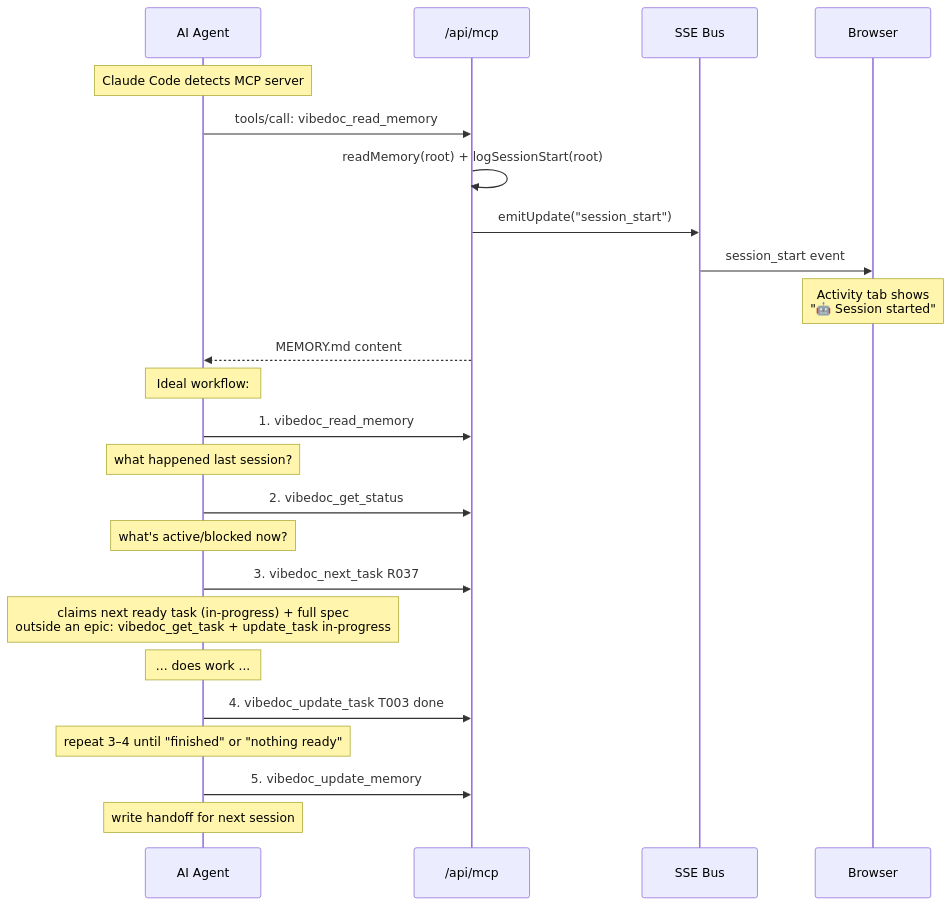
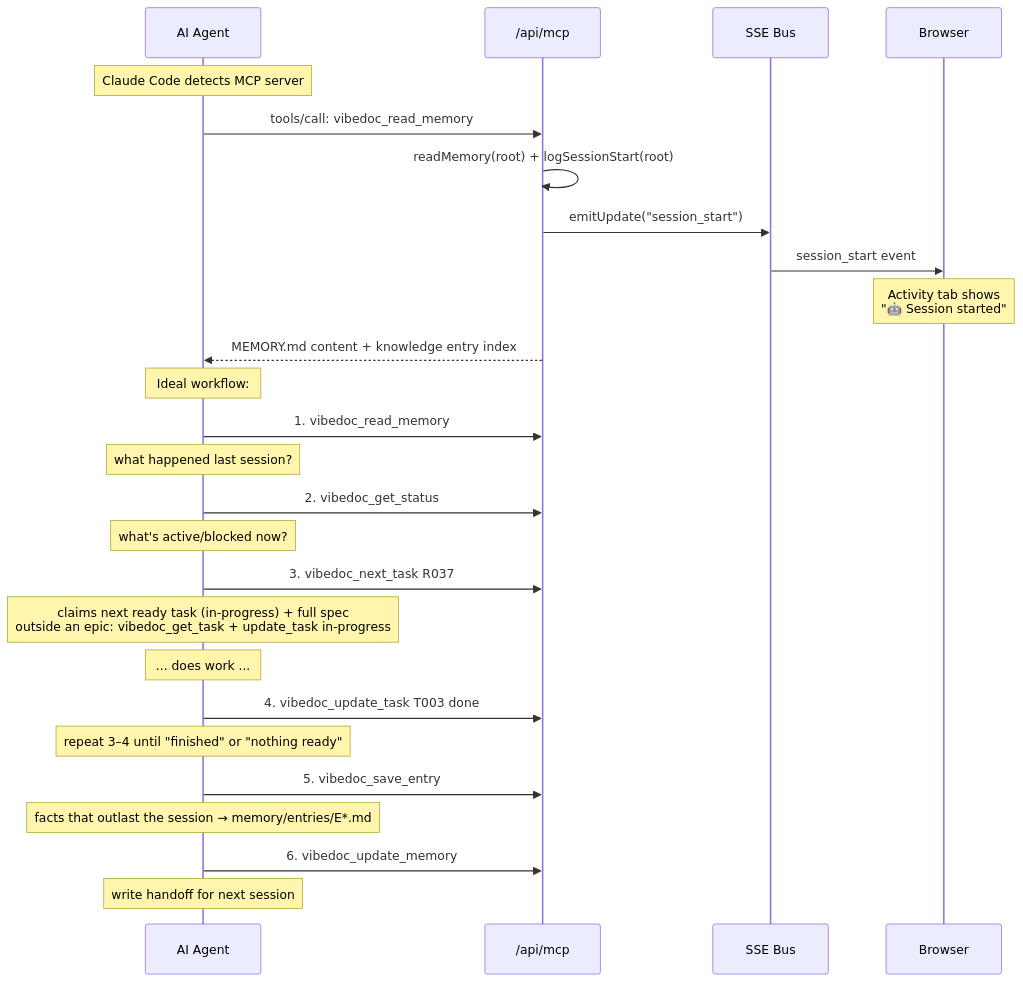
The third of 3 diagrams in docs/architecture/02-high-level-design/HLD.md (quanghoangf/vibedoc), drawn with Mermaid before and after one commit. The commit also changed other lines of this file and 9 other files, not shown here.

First line of the commit message:
docs(memory): teach agents entries vs handoff; document knowledge entries

````diff
--- a/docs/architecture/02-high-level-design/HLD.md
+++ b/docs/architecture/02-high-level-design/HLD.md
@@ -50,29 +50,31 @@
 ```mermaid
 sequenceDiagram
     participant AI as AI Agent
     participant MCP as /api/mcp
     participant SSE as SSE Bus
     participant Browser
 
     Note over AI: Claude Code detects MCP server
 
     AI->>MCP: tools/call: vibedoc_read_memory
     MCP->>MCP: readMemory(root) + logSessionStart(root)
     MCP->>SSE: emitUpdate("session_start")
     SSE->>Browser: session_start event
     Note over Browser: Activity tab shows<br/>"🤖 Session started"
-    MCP-->>AI: MEMORY.md content
+    MCP-->>AI: MEMORY.md content + knowledge entry index
 
     Note over AI: Ideal workflow:
     AI->>MCP: 1. vibedoc_read_memory
     Note over AI: what happened last session?
     AI->>MCP: 2. vibedoc_get_status
     Note over AI: what's active/blocked now?
     AI->>MCP: 3. vibedoc_next_task R037
     Note over AI: claims next ready task (in-progress) + full spec<br/>outside an epic: vibedoc_get_task + update_task in-progress
     Note over AI: ... does work ...
     AI->>MCP: 4. vibedoc_update_task T003 done
     Note over AI: repeat 3–4 until "finished" or "nothing ready"
-    AI->>MCP: 5. vibedoc_update_memory
+    AI->>MCP: 5. vibedoc_save_entry
+    Note over AI: facts that outlast the session → memory/entries/E*.md
+    AI->>MCP: 6. vibedoc_update_memory
     Note over AI: write handoff for next session
 ```
````
